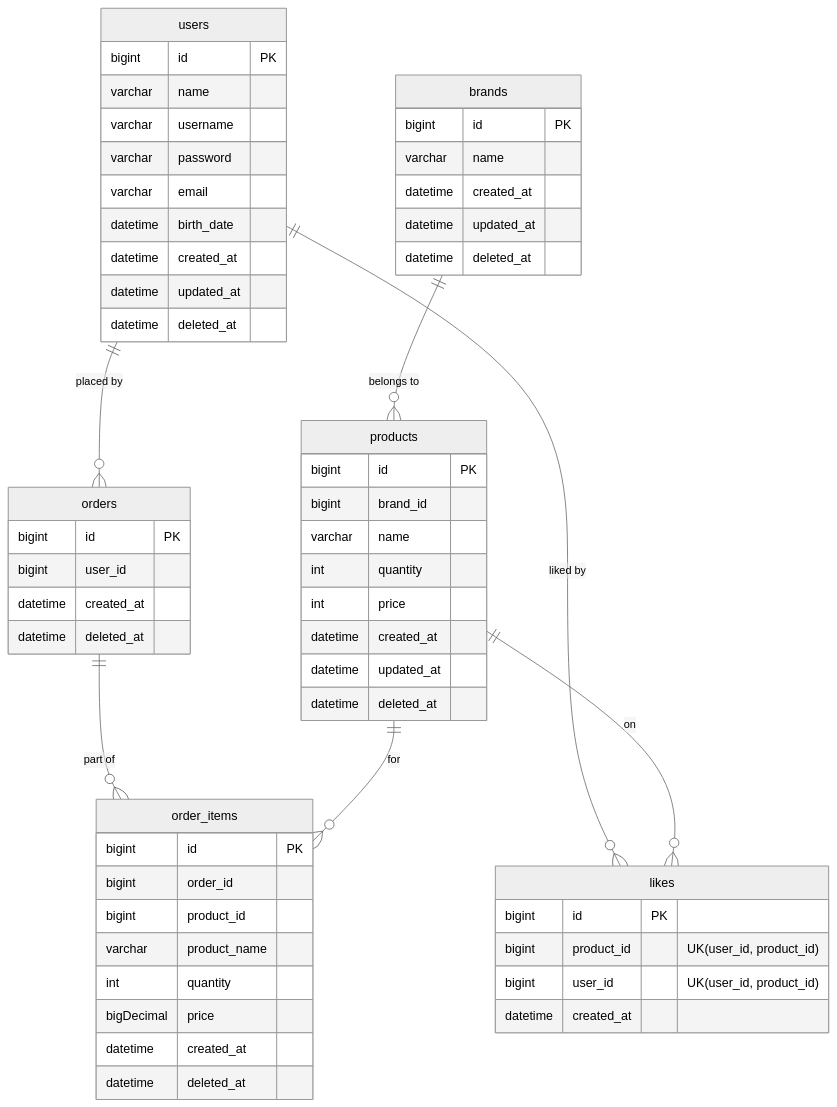
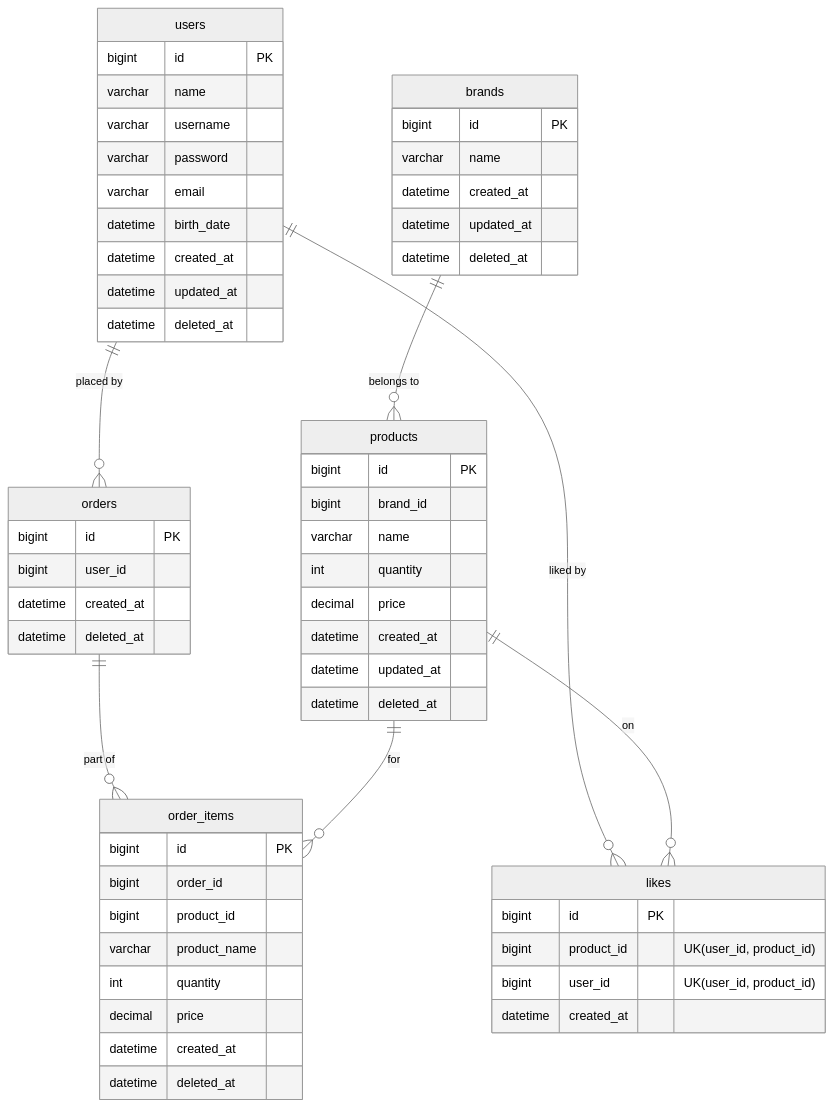
Before and after one commit to Loopers-dev-lab/loop-pack-be-l2-vol3-kotlin: the diagram in docs/design/04-erd.md, drawn with Mermaid (neutral theme). The commit also changed 2 other files, not shown here.

Commit message:
refactor(docs/design): VO 추가
- UserModel에서 Password, Email, UserName을 VO로 분리하고 검증 책임을 각각 갖도록 수정
- Money VO 추가

````diff
--- a/docs/design/04-erd.md
+++ b/docs/design/04-erd.md
@@ -3,63 +3,63 @@
 ```mermaid
 %% FK 미사용: 데드락, 마이그레이션, 성능 이유로 DB FK 제약조건을 걸지 않는다.
 %% 정합성은 어플리케이션 레벨에서 관리한다.
 %% 아래 관계선(||--o{)은 논리적 참조 관계를 나타내며, DB 레벨 FK가 아니다.
 
 erDiagram
     users {
         bigint id PK
         varchar name
         varchar username
         varchar password
         varchar email
         datetime birth_date
         datetime created_at
         datetime updated_at
         datetime deleted_at
     }
     brands {
         bigint id PK
         varchar name
         datetime created_at
         datetime updated_at
         datetime deleted_at
     }
     products {
         bigint id PK
         bigint brand_id
         varchar name
         int quantity
-        int price
+        decimal price
         datetime created_at
         datetime updated_at
         datetime deleted_at
     }
     likes {
         bigint id PK
         bigint product_id "UK(user_id, product_id)"
         bigint user_id "UK(user_id, product_id)"
         datetime created_at
     }
     orders {
         bigint id PK
         bigint user_id
         datetime created_at
         datetime deleted_at
     }
     order_items {
         bigint id PK
         bigint order_id
         bigint product_id
         varchar product_name
         int quantity
-        bigDecimal price
+        decimal price
         datetime created_at
         datetime deleted_at
     }
     brands ||--o{ products : "belongs to"
     users ||--o{ orders : "placed by"
     users ||--o{ likes : "liked by"
     products ||--o{ likes : "on"
     orders ||--o{ order_items : "part of"
     products ||--o{ order_items : "for"
 ```
````
